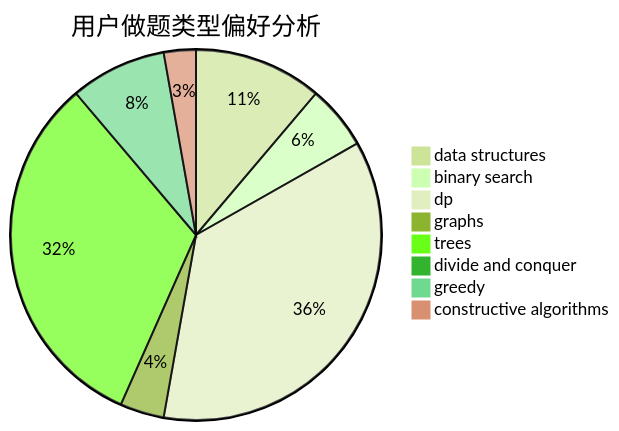
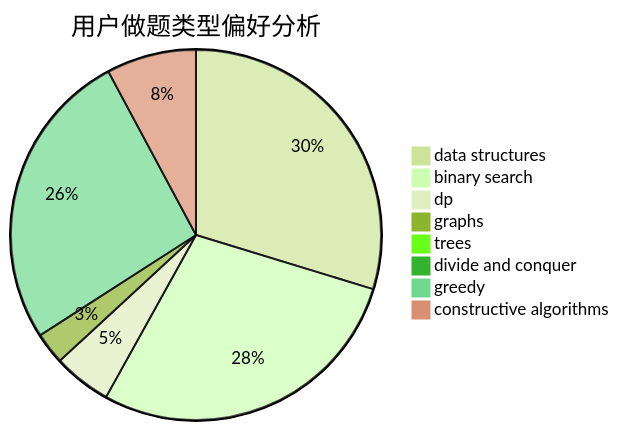
One commit to sherpahu/cfrs.github.io changed the second of 3 diagrams in docs/user/u2438.md. Above: the diagram before and after it, drawn with Mermaid (forest theme). The commit also changed other lines of this file and 2770 other files, not shown here.

````diff
--- a/docs/user/u2438.md
+++ b/docs/user/u2438.md
@@ -23,11 +23,11 @@
 ```mermaid
 pie title 用户做题类型偏好分析
-    "data structures" :  32
-    "binary search" :  16
-    "dp" :  103
-    "graphs" :  11
-    "trees" :  92
+    "data structures" :  129
+    "binary search" :  123
+    "dp" :  22
+    "graphs" :  12
+    "trees" :  0
     "divide and conquer" :  0
-    "greedy" :  24
-    "constructive algorithms" :  8
+    "greedy" :  114
+    "constructive algorithms" :  34
 ```
````
